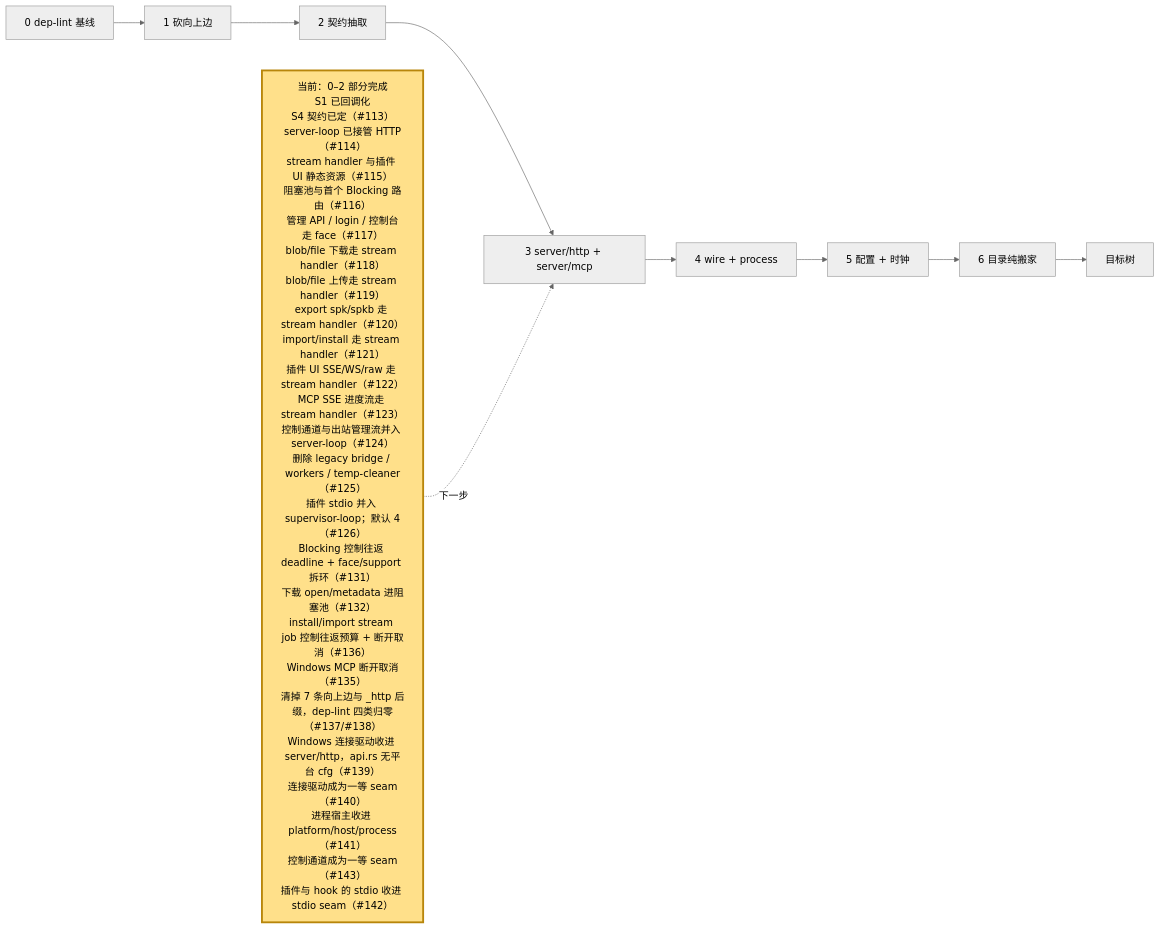
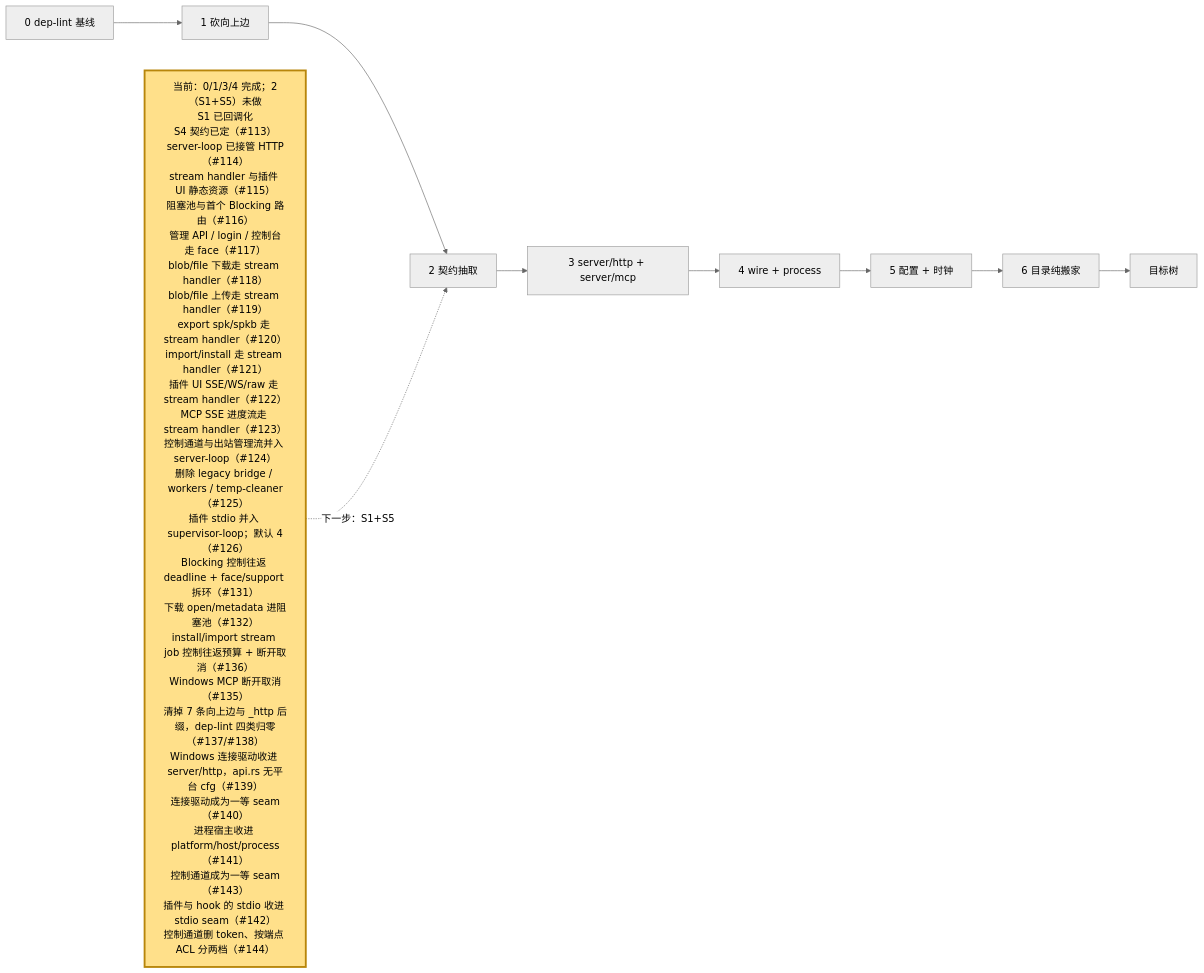
One commit to webxxxxx/plugin-manager changed the fifth of 5 diagrams in docs/architecture.md. Above: the diagram before and after it, drawn with Mermaid (neutral theme). The commit also changed other lines of this file, not shown here.

Commit message:
docs(architecture): S3/S6 标完成，NOW 指向 S1+S5（#144）

````diff
--- a/docs/architecture.md
+++ b/docs/architecture.md
@@ -379,15 +381,15 @@
 ```mermaid
 flowchart LR
     S0["0 dep-lint 基线"] --> S1["1 砍向上边"]
     S1 --> S2["2 契约抽取"]
     S2 --> S3["3 server/http + server/mcp"]
     S3 --> S4["4 wire + process"]
     S4 --> S5["5 配置 + 时钟"]
     S5 --> S6["6 目录纯搬家"]
     S6 --> DONE["目标树"]
 
-    NOW["当前：0–2 部分完成<br/>S1 已回调化<br/>S4 契约已定（#113）<br/>server-loop 已接管 HTTP（#114）<br/>stream handler 与插件 UI 静态资源（#115）<br/>阻塞池与首个 Blocking 路由（#116）<br/>管理 API / login / 控制台走 face（#117）<br/>blob/file 下载走 stream handler（#118）<br/>blob/file 上传走 stream handler（#119）<br/>export spk/spkb 走 stream handler（#120）<br/>import/install 走 stream handler（#121）<br/>插件 UI SSE/WS/raw 走 stream handler（#122）<br/>MCP SSE 进度流走 stream handler（#123）<br/>控制通道与出站管理流并入 server-loop（#124）<br/>删除 legacy bridge / workers / temp-cleaner（#125）<br/>插件 stdio 并入 supervisor-loop；默认 4（#126）<br/>Blocking 控制往返 deadline + face/support 拆环（#131）<br/>下载 open/metadata 进阻塞池（#132）<br/>install/import stream job 控制往返预算 + 断开取消（#136）<br/>Windows MCP 断开取消（#135）<br/>清掉 7 条向上边与 _http 后缀，dep-lint 四类归零（#137/#138）<br/>Windows 连接驱动收进 server/http，api.rs 无平台 cfg（#139）<br/>连接驱动成为一等 seam（#140）<br/>进程宿主收进 platform/host/process（#141）<br/>控制通道成为一等 seam（#143）<br/>插件与 hook 的 stdio 收进 stdio seam（#142）"]:::current
-    NOW -.->|下一步| S3
+    NOW["当前：0/1/3/4 完成；2（S1+S5）未做<br/>S1 已回调化<br/>S4 契约已定（#113）<br/>server-loop 已接管 HTTP（#114）<br/>stream handler 与插件 UI 静态资源（#115）<br/>阻塞池与首个 Blocking 路由（#116）<br/>管理 API / login / 控制台走 face（#117）<br/>blob/file 下载走 stream handler（#118）<br/>blob/file 上传走 stream handler（#119）<br/>export spk/spkb 走 stream handler（#120）<br/>import/install 走 stream handler（#121）<br/>插件 UI SSE/WS/raw 走 stream handler（#122）<br/>MCP SSE 进度流走 stream handler（#123）<br/>控制通道与出站管理流并入 server-loop（#124）<br/>删除 legacy bridge / workers / temp-cleaner（#125）<br/>插件 stdio 并入 supervisor-loop；默认 4（#126）<br/>Blocking 控制往返 deadline + face/support 拆环（#131）<br/>下载 open/metadata 进阻塞池（#132）<br/>install/import stream job 控制往返预算 + 断开取消（#136）<br/>Windows MCP 断开取消（#135）<br/>清掉 7 条向上边与 _http 后缀，dep-lint 四类归零（#137/#138）<br/>Windows 连接驱动收进 server/http，api.rs 无平台 cfg（#139）<br/>连接驱动成为一等 seam（#140）<br/>进程宿主收进 platform/host/process（#141）<br/>控制通道成为一等 seam（#143）<br/>插件与 hook 的 stdio 收进 stdio seam（#142）<br/>控制通道删 token、按端点 ACL 分两档（#144）"]:::current
+    NOW -.->|下一步：S1+S5| S2
 
     classDef current fill:#ffe08a,stroke:#b8860b,stroke-width:3px,color:#000
 ```
````
